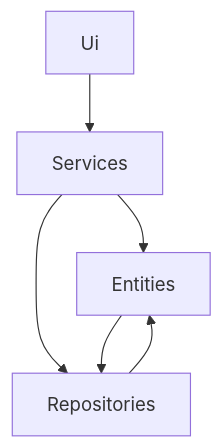
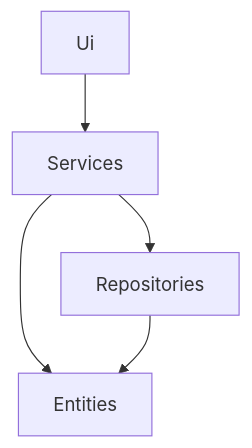
The diagram in rahastosovellus/dokumentaatio/arkkitehtuuri.md (karvakasa/ot-harjoitustyo), drawn with Mermaid before and after one commit. The commit also changed 4 other files, not shown here.

````diff
--- a/rahastosovellus/dokumentaatio/arkkitehtuuri.md
+++ b/rahastosovellus/dokumentaatio/arkkitehtuuri.md
@@ -1,10 +1,9 @@
 ```mermaid
 
   flowchart TD
     Ui --> Services
     Services --> Entities
     Services --> Repositories
-    Entities --> Repositories
     Repositories --> Entities
 
 ```
````
